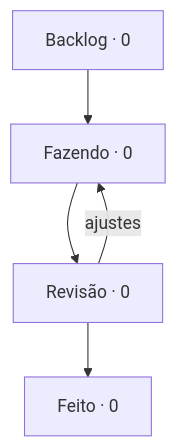
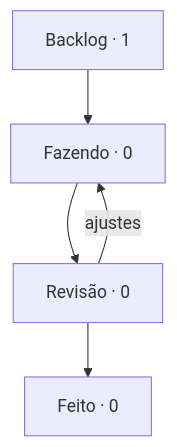
The diagram in boards/harness/BOARD.md (StudioVibi/VibiKanban), drawn with Mermaid before and after one commit. The commit also changed other lines of this file and 2 other files, not shown here.

````diff
--- a/boards/harness/BOARD.md
+++ b/boards/harness/BOARD.md
@@ -5,10 +5,10 @@
 ```mermaid
 flowchart TD
-  backlog["Backlog · 0"] --> doing["Fazendo · 0"]
+  backlog["Backlog · 1"] --> doing["Fazendo · 0"]
   doing --> review["Revisão · 0"]
   review --> done["Feito · 0"]
   review -->|ajustes| doing
   doing:::blue
   review:::yellow
   done:::green
 ```
````
